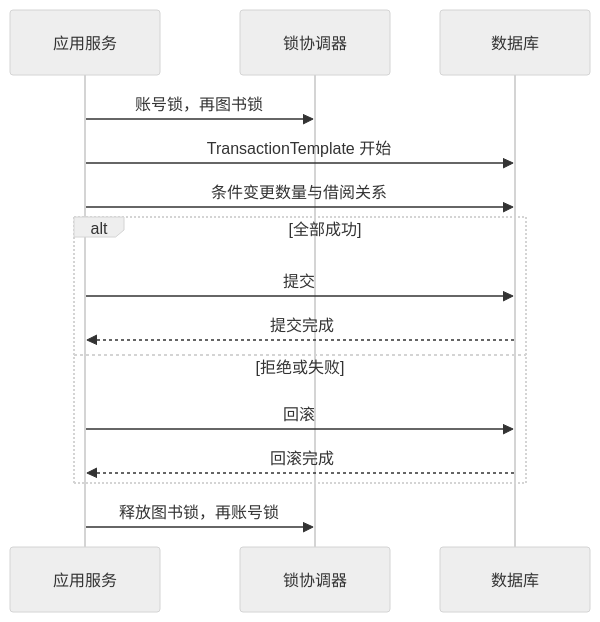
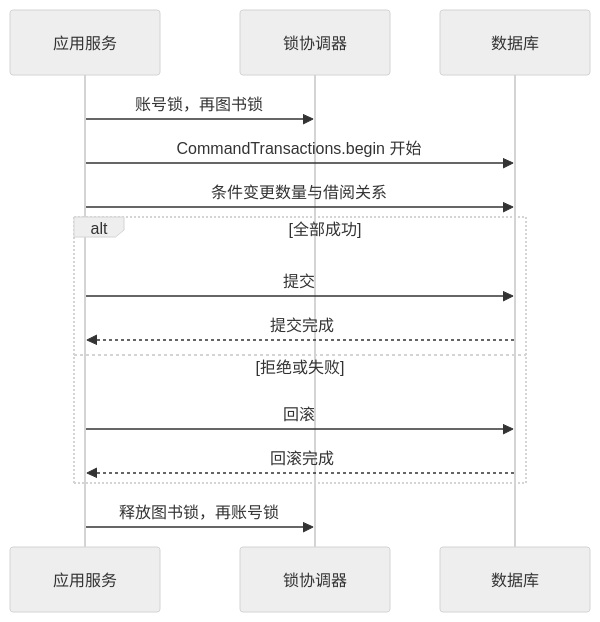
The second of 2 diagrams in docs/technical-design.md (myseries-yang/digital-library), drawn with Mermaid (neutral theme) before and after one commit. The commit also changed other lines of this file and 61 other files, not shown here.

Commit message:
feat(library): 初始化数字图书馆借阅系统完整实现

```diff
--- a/docs/technical-design.md
+++ b/docs/technical-design.md
@@ -84,17 +104,17 @@
 ~~~mermaid
 sequenceDiagram
     participant A as 应用服务
     participant L as 锁协调器
     participant D as 数据库
     A->>L: 账号锁，再图书锁
-    A->>D: TransactionTemplate 开始
+    A->>D: CommandTransactions.begin 开始
     A->>D: 条件变更数量与借阅关系
     alt 全部成功
         A->>D: 提交
         D-->>A: 提交完成
     else 拒绝或失败
         A->>D: 回滚
         D-->>A: 回滚完成
     end
     A->>L: 释放图书锁，再账号锁
 ~~~
```
